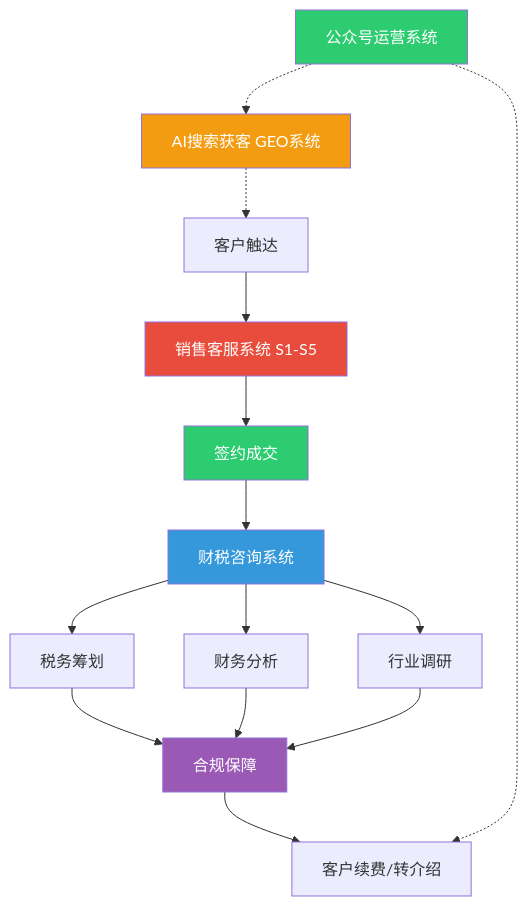
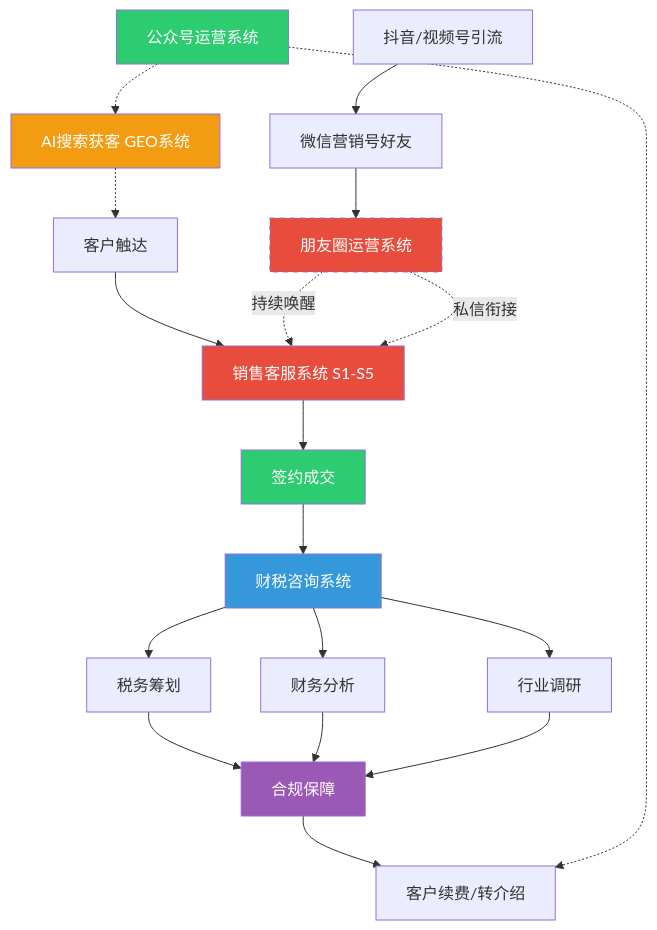
Before and after one commit to jsxuaijun-art/hermes-data: the diagram in skills/productivity/yingxin-business-suite/SKILL.md, drawn with Mermaid. The commit also changed other lines of this file and 399 other files, not shown here.

````diff
--- a/skills/productivity/yingxin-business-suite/SKILL.md
+++ b/skills/productivity/yingxin-business-suite/SKILL.md
@@ -30,24 +31,30 @@
 ```mermaid
 flowchart TD
     A[客户触达] --> B[销售客服系统 S1-S5]
     B --> C[签约成交]
     C --> D[财税咨询系统]
     D --> E[税务筹划]
     D --> F[财务分析]
     D --> G[行业调研]
     E --> H[合规保障]
     F --> H
     G --> H
     H --> I[客户续费/转介绍]
 
     J[AI搜索获客 GEO系统] -.-> A
     K[公众号运营系统] -.-> J
     K -.-> I
 
+    A2[抖音/视频号引流] --> A3[微信营销号好友]
+    A3 --> A4[朋友圈运营系统]
+    A4 -.->|持续唤醒| B
+    A4 -.->|私信衔接| B
+
     style B fill:#e74c3c,color:#fff
     style D fill:#3498db,color:#fff
     style C fill:#2ecc71,color:#fff
     style H fill:#9b59b6,color:#fff
     style J fill:#f39c12,color:#fff
     style K fill:#2ecc71,color:#fff
+    style A4 fill:#e74c3c,color:#fff,stroke-dasharray: 5 5
 ```
````
